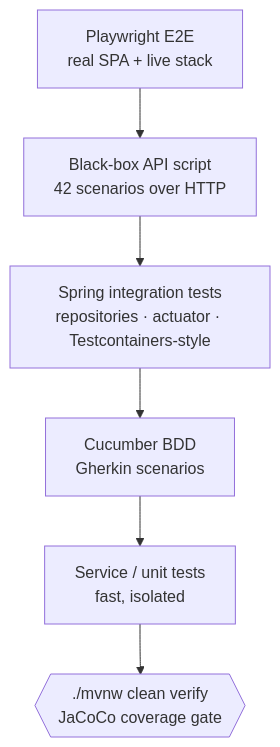
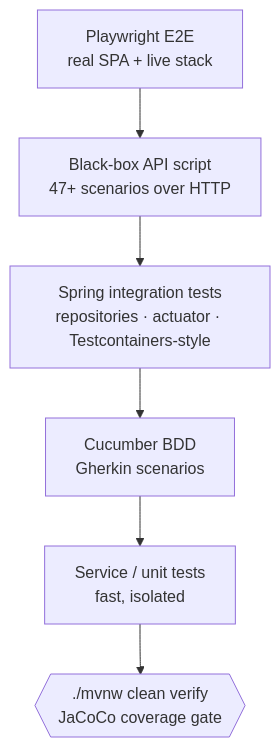
One commit to munifgebara/cloud-native-java-pipeline changed the diagram in docs/testing.md. Above: the diagram before and after it, drawn with Mermaid. The commit also changed other lines of this file and 4 other files, not shown here.

````diff
--- a/docs/testing.md
+++ b/docs/testing.md
@@ -7,8 +7,8 @@
 ```mermaid
 flowchart TB
-    E2E[Playwright E2E<br/>real SPA + live stack] --> BB[Black-box API script<br/>42 scenarios over HTTP]
+    E2E[Playwright E2E<br/>real SPA + live stack] --> BB[Black-box API script<br/>47+ scenarios over HTTP]
     BB --> INT[Spring integration tests<br/>repositories · actuator · Testcontainers-style]
     INT --> BDD[Cucumber BDD<br/>Gherkin scenarios]
     BDD --> UNIT[Service / unit tests<br/>fast, isolated]
     UNIT --> GATE{{./mvnw clean verify<br/>JaCoCo coverage gate}}
 ```
````
